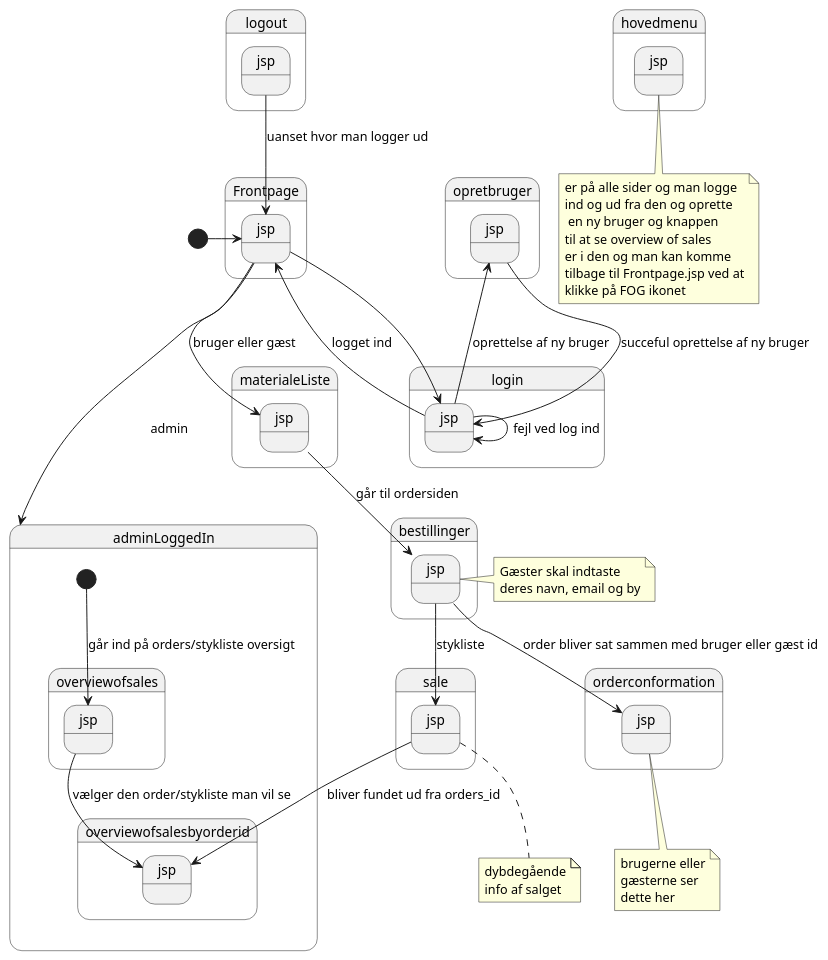
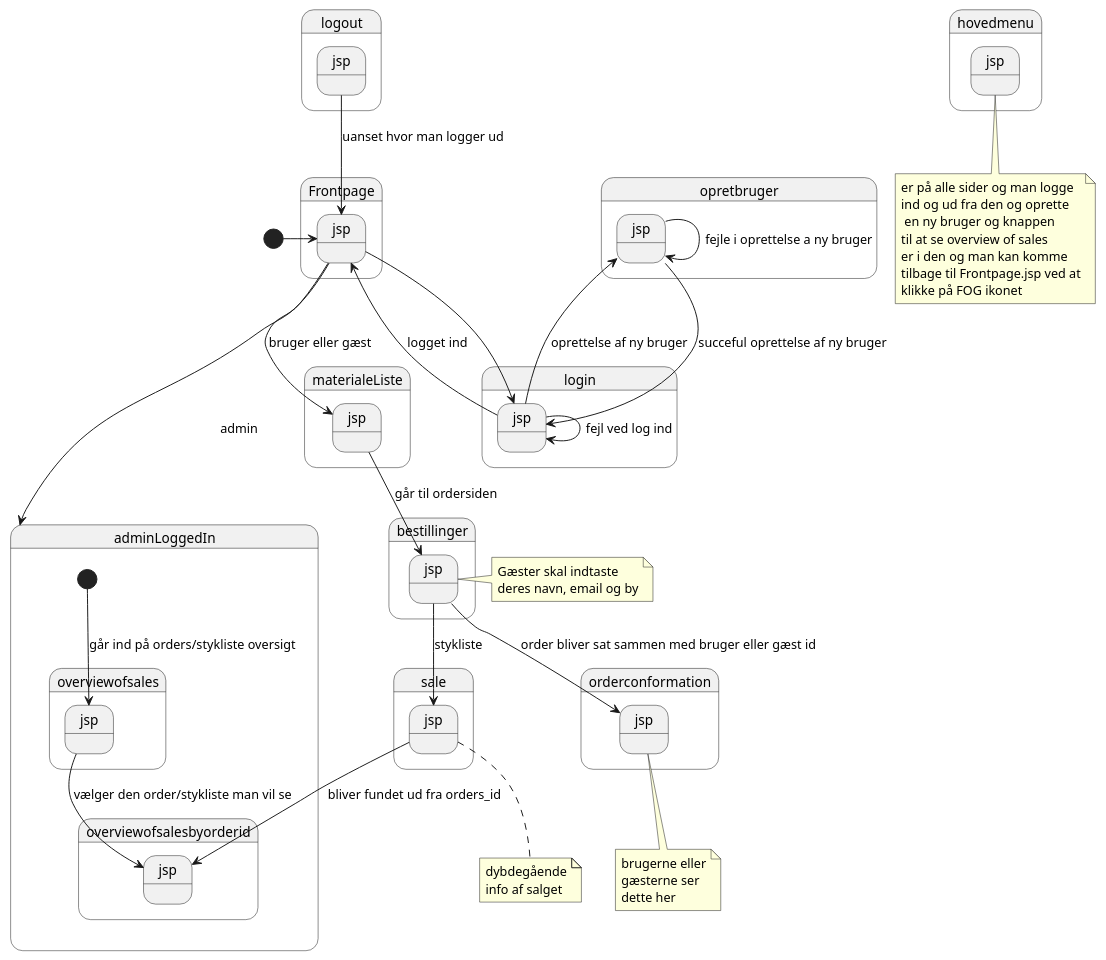
One commit to DarkDrinker/Carport-eksamensprojekt-2Sem changed the diagram in PlantUML/NavigationsDiagram.puml. Above: the diagram before and after it, drawn with PlantUML.

```diff
--- a/PlantUML/NavigationsDiagram.puml
+++ b/PlantUML/NavigationsDiagram.puml
@@ -1,66 +1,67 @@
 @startuml
 'https://plantuml.com/state-diagram
 
 state Frontpage.jsp
 state login.jsp
 state opretbruger.jsp
 state logout.jsp
 state hovedmenu.jsp
 
 
 
 note bottom of hovedmenu.jsp
  er på alle sider og man logge
  ind og ud fra den og oprette
   en ny bruger og knappen
  til at se overview of sales
  er i den og man kan komme
  tilbage til Frontpage.jsp ved at
  klikke på FOG ikonet
 end note
 
 
 
 [*] -right-> Frontpage.jsp
 Frontpage.jsp --> login.jsp
 login.jsp--> Frontpage.jsp :logget ind
 Frontpage.jsp-->adminLoggedIn : admin
 login.jsp --> login.jsp : fejl ved log ind
 login.jsp --> opretbruger.jsp : oprettelse af ny bruger
 opretbruger.jsp --> login.jsp : succeful oprettelse af ny bruger
+opretbruger.jsp --> opretbruger.jsp : fejle i oprettelse a ny bruger
 logout.jsp-->Frontpage.jsp : uanset hvor man logger ud
 
 
 
 Frontpage.jsp --> materialeListe.jsp : bruger eller gæst
   materialeListe.jsp --> bestillinger.jsp : går til ordersiden
   bestillinger.jsp-->orderconformation.jsp : order bliver sat sammen med bruger eller gæst id
   bestillinger.jsp-->sale.jsp : stykliste
 
 
 
 note bottom of orderconformation.jsp
 brugerne eller
 gæsterne ser
 dette her
 end note
 
 note bottom of sale.jsp
 dybdegående
 info af salget
 end note
 
 note right of bestillinger.jsp
 Gæster skal indtaste
 deres navn, email og by
 end note
 
 state adminLoggedIn{
 [*]-->overviewofsales.jsp : går ind på orders/stykliste oversigt
 overviewofsales.jsp -->overviewofsalesbyorderid.jsp : vælger den order/stykliste man vil se
 sale.jsp-->overviewofsalesbyorderid.jsp : bliver fundet ud fra orders_id
 }
 
 
 
 @enduml
```
